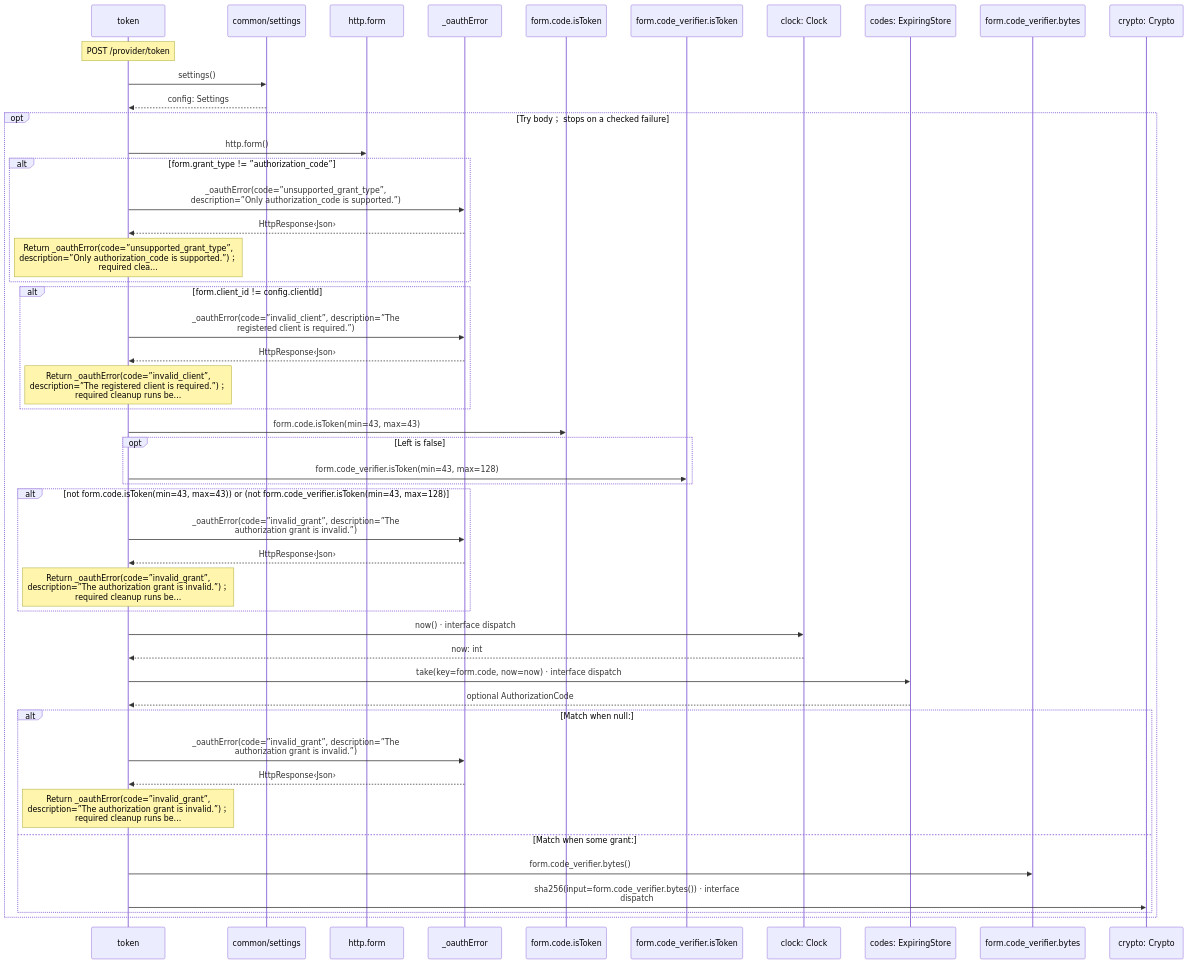
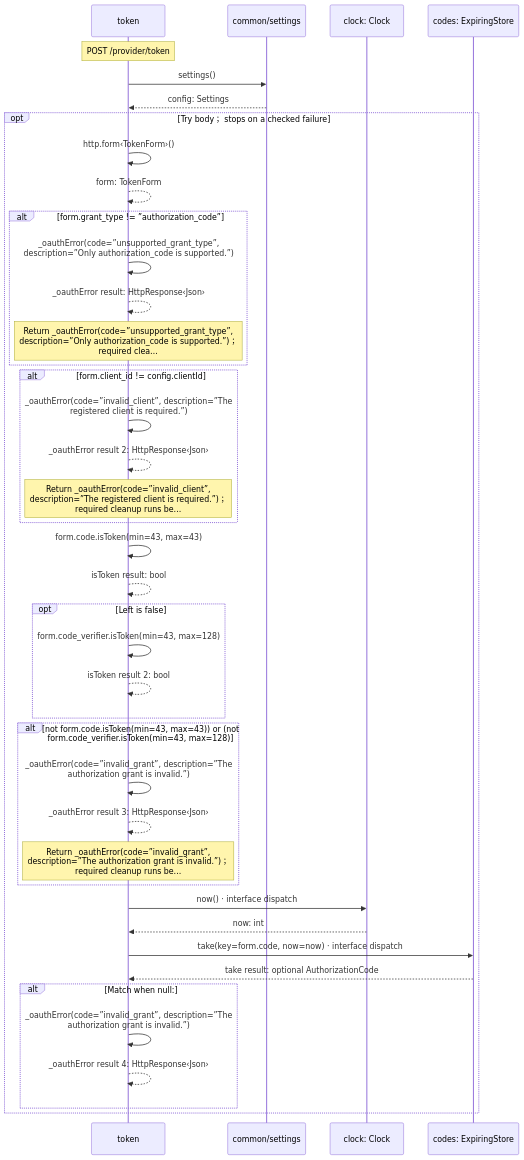
Before and after one commit to GreenPandaStudios/augscript: the fourth of 6 diagrams in docs/examples/oidc-login/provider/token-diagrams.md, drawn with Mermaid. The commit also changed other lines of this file and 304 other files, not shown here.

Commit message:
Make generated data-flow sequences concise and review every diagram

````diff
--- a/docs/examples/oidc-login/provider/token-diagrams.md
+++ b/docs/examples/oidc-login/provider/token-diagrams.md
@@ -119,50 +86,43 @@
 ```mermaid
 sequenceDiagram
     participant p0 as token
     participant p1 as common/settings
-    participant p2 as http.form
-    participant p3 as _oauthError
-    participant p4 as form.code.isToken
-    participant p5 as form.code_verifier.isToken
-    participant p6 as clock: Clock
-    participant p7 as codes: ExpiringStore
-    participant p8 as form.code_verifier.bytes
-    participant p9 as crypto: Crypto
+    participant p2 as clock: Clock
+    participant p3 as codes: ExpiringStore
     Note over p0: POST /provider/token
     p0->>p1: settings()
     p1-->>p0: config: Settings
     opt Try body； stops on a checked failure
-    p0->>p2: http.form()
+    p0->>p0: http.form‹TokenForm›()
+    p0-->>p0: form: TokenForm
     alt form.grant_type != ”authorization_code”
-    p0->>p3: _oauthError(code=”unsupported_grant_type”,<br/>description=”Only authorization_code is supported.”)
-    p3-->>p0: HttpResponse‹Json›
+    p0->>p0: _oauthError(code=”unsupported_grant_type”,<br/>description=”Only authorization_code is supported.”)
+    p0-->>p0: _oauthError result: HttpResponse‹Json›
     Note over p0: Return _oauthError(code=”unsupported_grant_type”,<br/>description=”Only authorization_code is supported.”)；<br/>required clea…
     end
     alt form.client_id != config.clientId
-    p0->>p3: _oauthError(code=”invalid_client”, description=”The<br/>registered client is required.”)
-    p3-->>p0: HttpResponse‹Json›
+    p0->>p0: _oauthError(code=”invalid_client”, description=”The<br/>registered client is required.”)
+    p0-->>p0: _oauthError result 2: HttpResponse‹Json›
     Note over p0: Return _oauthError(code=”invalid_client”,<br/>description=”The registered client is required.”)；<br/>required cleanup runs be…
     end
-    p0->>p4: form.code.isToken(min=43, max=43)
+    p0->>p0: form.code.isToken(min=43, max=43)
+    p0-->>p0: isToken result: bool
     opt Left is false
-    p0->>p5: form.code_verifier.isToken(min=43, max=128)
+    p0->>p0: form.code_verifier.isToken(min=43, max=128)
+    p0-->>p0: isToken result 2: bool
     end
     alt not form.code.isToken(min=43, max=43)) or (not form.code_verifier.isToken(min=43, max=128)
-    p0->>p3: _oauthError(code=”invalid_grant”, description=”The<br/>authorization grant is invalid.”)
-    p3-->>p0: HttpResponse‹Json›
+    p0->>p0: _oauthError(code=”invalid_grant”, description=”The<br/>authorization grant is invalid.”)
+    p0-->>p0: _oauthError result 3: HttpResponse‹Json›
     Note over p0: Return _oauthError(code=”invalid_grant”,<br/>description=”The authorization grant is invalid.”)；<br/>required cleanup runs be…
     end
-    p0->>p6: now() · interface dispatch
-    p6-->>p0: now: int
-    p0->>p7: take(key=form.code, now=now) · interface dispatch
-    p7-->>p0: optional AuthorizationCode
+    p0->>p2: now() · interface dispatch
+    p2-->>p0: now: int
+    p0->>p3: take(key=form.code, now=now) · interface dispatch
+    p3-->>p0: take result: optional AuthorizationCode
     alt Match when null:
-    p0->>p3: _oauthError(code=”invalid_grant”, description=”The<br/>authorization grant is invalid.”)
-    p3-->>p0: HttpResponse‹Json›
-    Note over p0: Return _oauthError(code=”invalid_grant”,<br/>description=”The authorization grant is invalid.”)；<br/>required cleanup runs be…
-    else Match when some grant:
-    p0->>p8: form.code_verifier.bytes()
-    p0->>p9: sha256(input=form.code_verifier.bytes()) · interface<br/>dispatch
+    p0->>p0: _oauthError(code=”invalid_grant”, description=”The<br/>authorization grant is invalid.”)
+    p0-->>p0: _oauthError result 4: HttpResponse‹Json›
     end
     end
 ```
````
